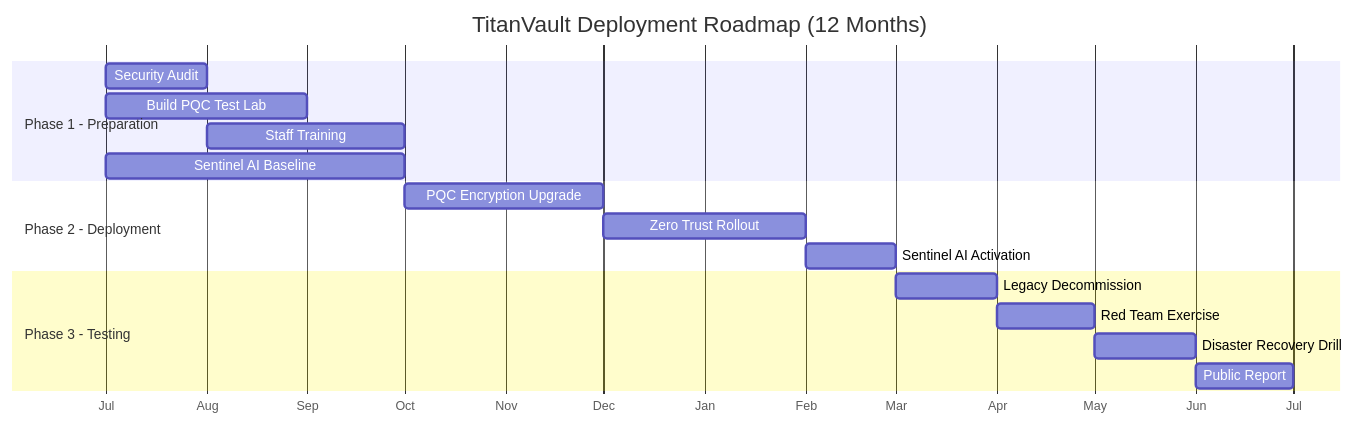
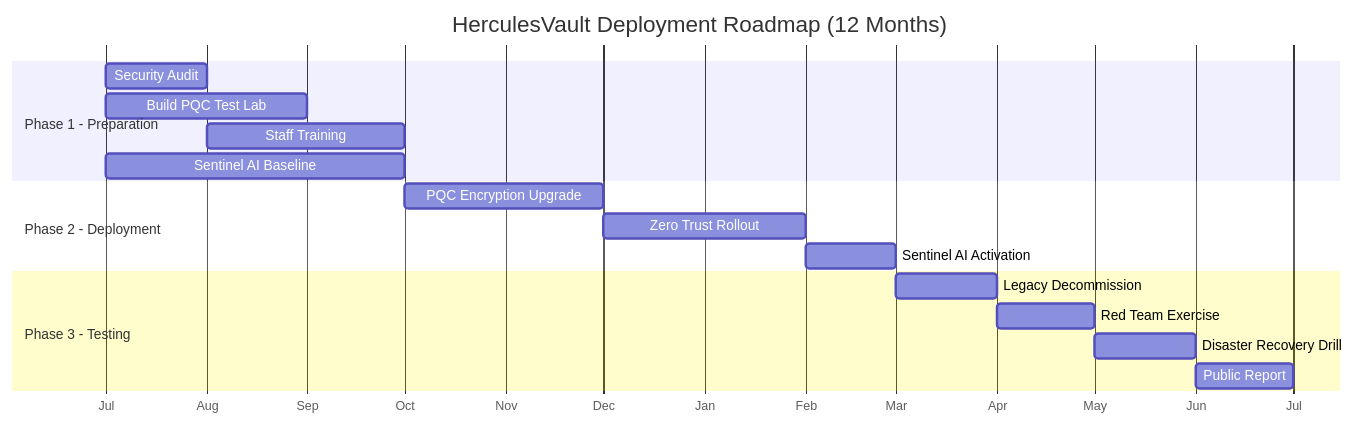
Before and after one commit to ImNew222/Group-2-Finance-Digital-Currency-amp-Automated-Trading-Platforms.: the fourth of 7 diagrams in VISUALS.md, drawn with Mermaid. The commit also changed other lines of this file and 7 other files, not shown here.

````diff
--- a/VISUALS.md
+++ b/VISUALS.md
@@ -127,23 +127,23 @@
 ```mermaid
 gantt
-    title TitanVault Deployment Roadmap (12 Months)
+    title HerculesVault Deployment Roadmap (12 Months)
     dateFormat YYYY-MM
     axisFormat %b
 
     section Phase 1 - Preparation
     Security Audit              :a1, 2026-07, 1M
     Build PQC Test Lab          :a2, 2026-07, 2M
     Staff Training              :a3, 2026-08, 2M
     Sentinel AI Baseline        :a4, 2026-07, 3M
 
     section Phase 2 - Deployment
     PQC Encryption Upgrade      :b1, 2026-10, 2M
     Zero Trust Rollout          :b2, 2026-12, 2M
     Sentinel AI Activation      :b3, 2027-02, 1M
 
     section Phase 3 - Testing
     Legacy Decommission         :c1, 2027-03, 1M
     Red Team Exercise           :c2, 2027-04, 1M
     Disaster Recovery Drill     :c3, 2027-05, 1M
     Public Report               :c4, 2027-06, 1M
 ```
````
